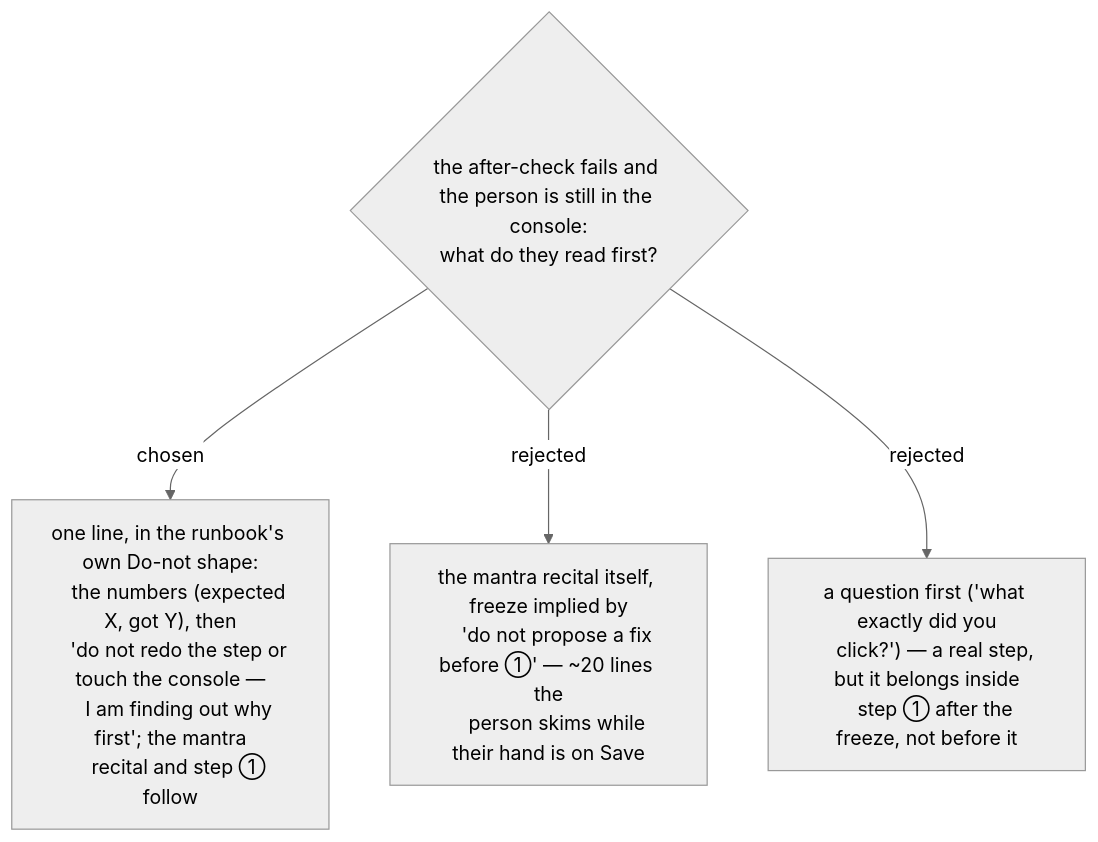
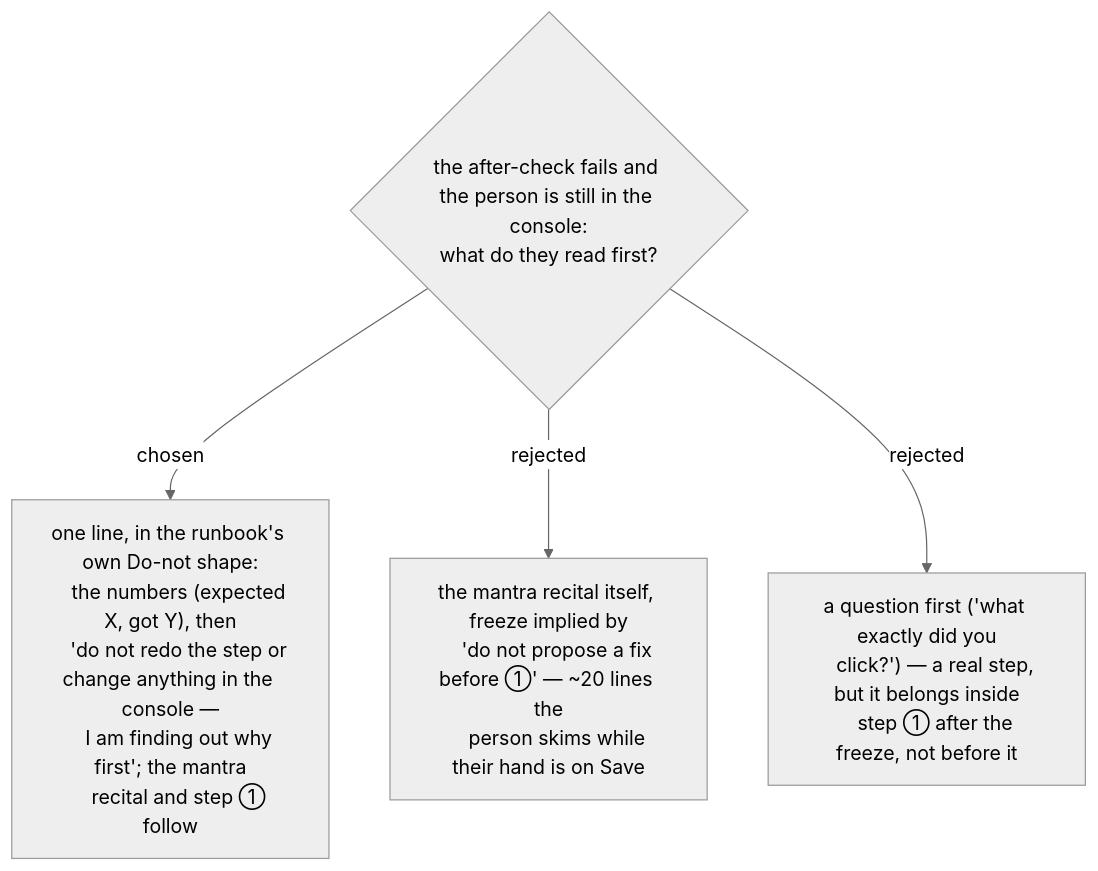
The diagram in docs/adr/workflow-daily-work-0215-a-failed-after-check-opens-with-a-one-line-freeze-before-the-mantra.md (ThodsaphonSonthiphin/workflow-daily-work), drawn with Mermaid (neutral theme) before and after one commit. The commit also changed other lines of this file and 6 other files, not shown here.

Commit message:
fix(guide-and-verify): the Freeze line forbids changes in the console, not looks (ADR 0221); recital claim and row ③ tightened

````diff
--- a/docs/adr/workflow-daily-work-0215-a-failed-after-check-opens-with-a-one-line-freeze-before-the-mantra.md
+++ b/docs/adr/workflow-daily-work-0215-a-failed-after-check-opens-with-a-one-line-freeze-before-the-mantra.md
@@ -3,14 +4,14 @@
 ```mermaid
 flowchart TD
     Q{the after-check fails and the person is still in the console:<br/>what do they read first?} -->|chosen| A["one line, in the runbook's own Do-not shape:
     the numbers (expected X, got Y), then
-    'do not redo the step or touch the console —
+    'do not redo the step or change anything in the console —
     I am finding out why first'; the mantra
     recital and step ① follow"]
     Q -->|rejected| B["the mantra recital itself, freeze implied by
     'do not propose a fix before ①' — ~20 lines the
     person skims while their hand is on Save"]
     Q -->|rejected| C["a question first ('what exactly did you
     click?') — a real step, but it belongs inside
     step ① after the freeze, not before it"]
 ```
````
